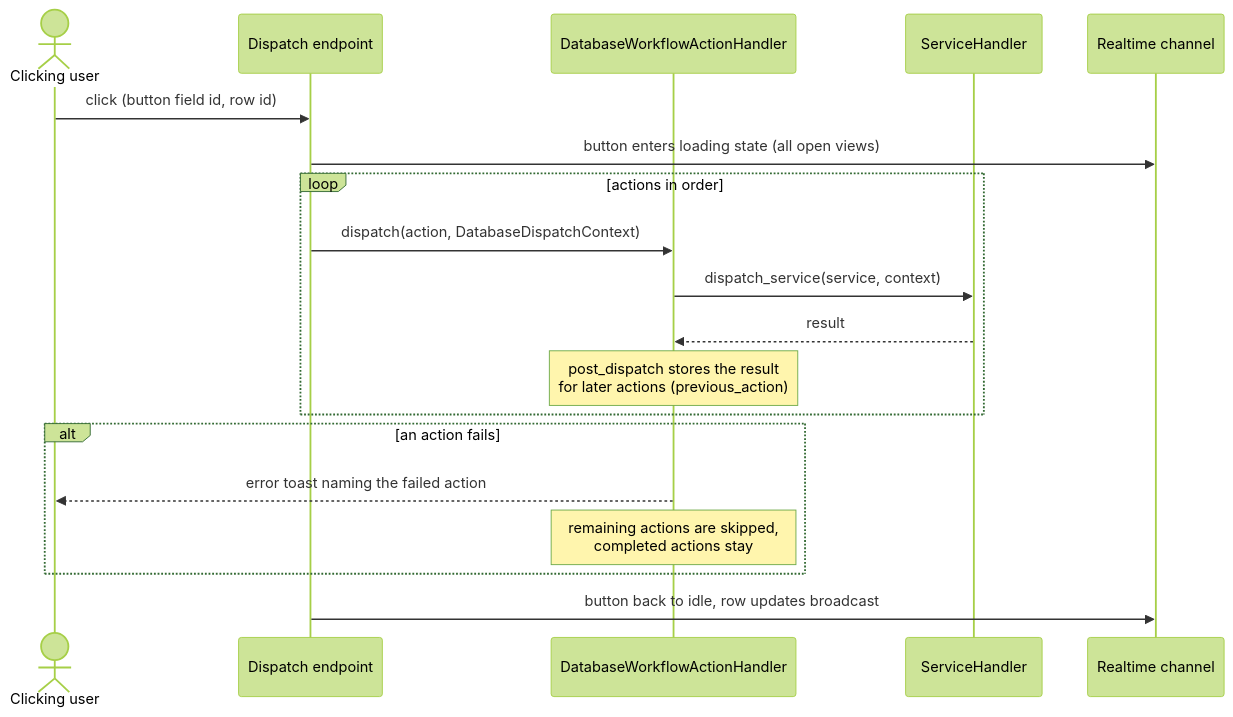
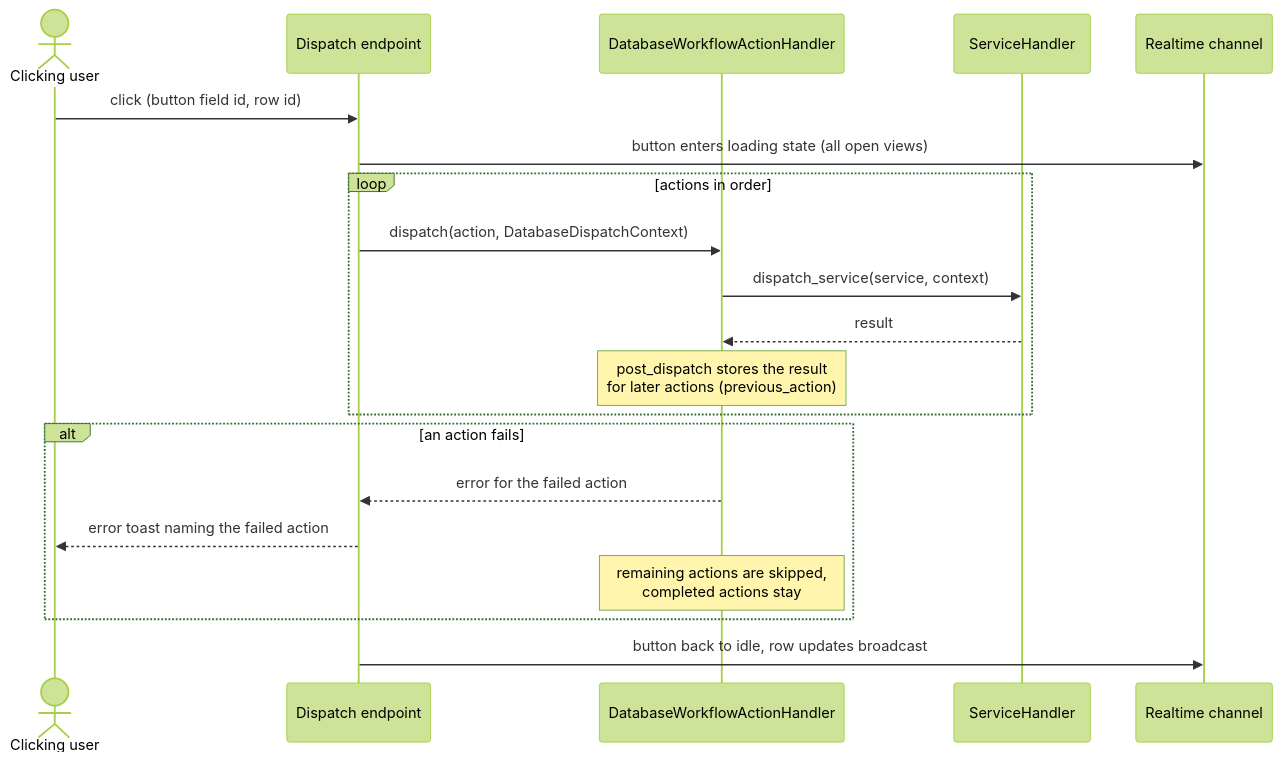
Before and after one commit to baserow/baserow: the second of 4 diagrams in docs/decisions/006-button-field-workflow-actions.md, drawn with Mermaid (forest theme). The commit also changed other lines of this file, not shown here.

````diff
--- a/docs/decisions/006-button-field-workflow-actions.md
+++ b/docs/decisions/006-button-field-workflow-actions.md
@@ -128,22 +128,23 @@
 ```mermaid
 sequenceDiagram
     actor User as Clicking user
     participant API as Dispatch endpoint
     participant H as DatabaseWorkflowActionHandler
     participant SH as ServiceHandler
     participant WS as Realtime channel
 
     User->>API: click (button field id, row id)
     API->>WS: button enters loading state (all open views)
     loop actions in order
         API->>H: dispatch(action, DatabaseDispatchContext)
         H->>SH: dispatch_service(service, context)
         SH-->>H: result
         Note over H: post_dispatch stores the result<br/>for later actions (previous_action)
     end
     alt an action fails
-        H-->>User: error toast naming the failed action
+        H-->>API: error for the failed action
+        API-->>User: error toast naming the failed action
         Note over H: remaining actions are skipped,<br/>completed actions stay
     end
     API->>WS: button back to idle, row updates broadcast
 ```
````
